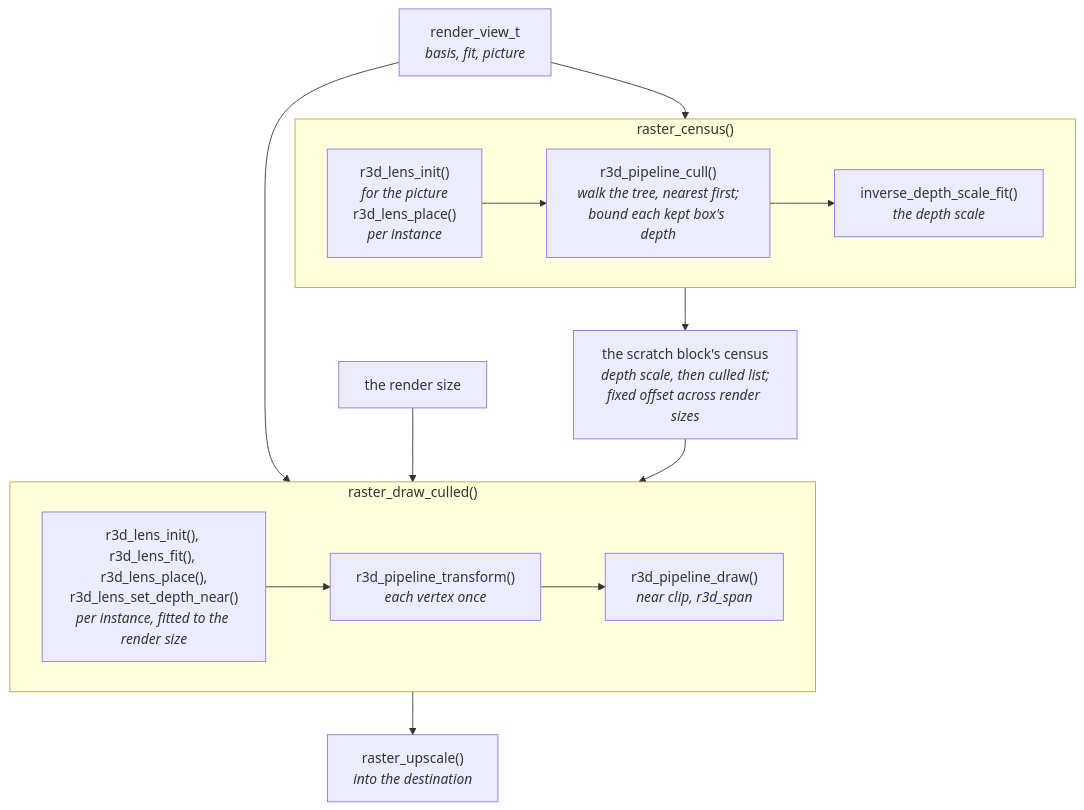
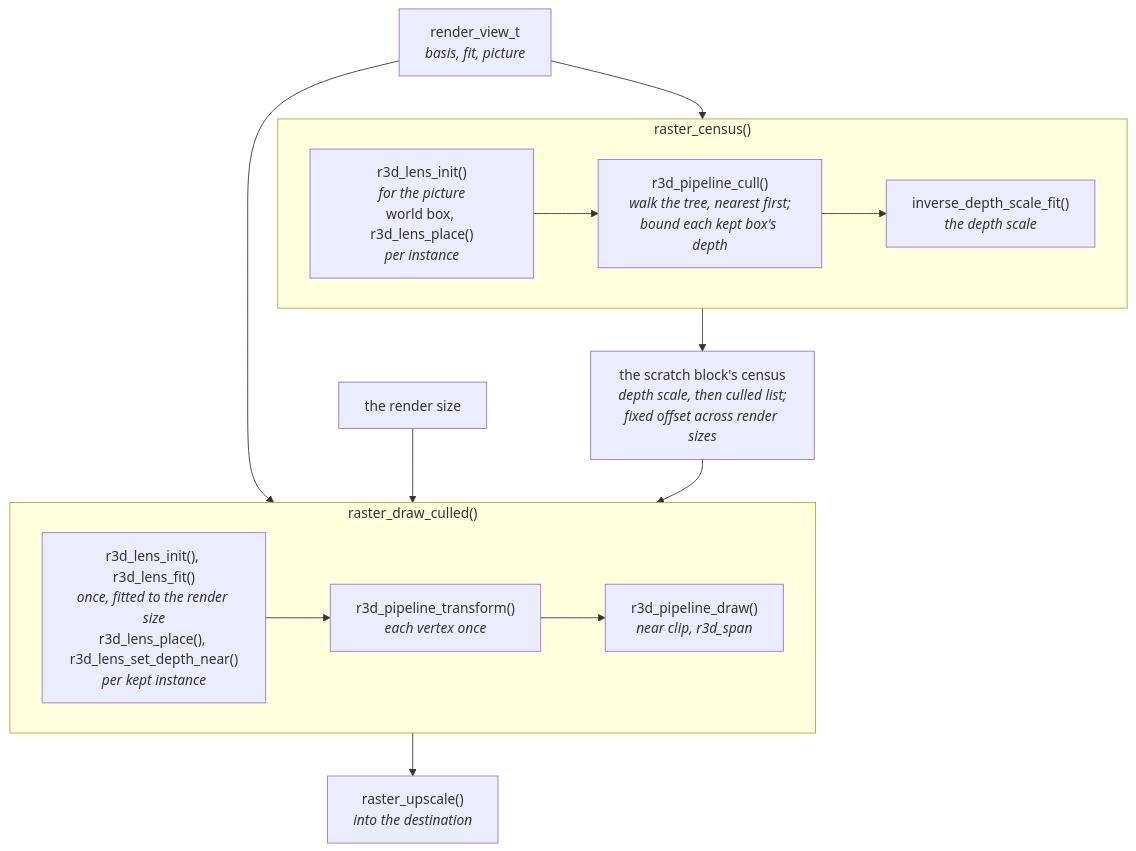
Before and after one commit to jose-villegas/autana: the first of 2 diagrams in docs/render/Mesh-Rendering.md, drawn with Mermaid. The commit also changed other lines of this file and 23 other files, not shown here.

Commit message:
r3d: one picture lens per frame, a RAM world box before an instance's walk, no batch slot for an instance that kept nothing (autana-76xc4)

````diff
--- a/docs/render/Mesh-Rendering.md
+++ b/docs/render/Mesh-Rendering.md
@@ -106,20 +106,20 @@
 ```mermaid
 flowchart TB
     View["render_view_t<br/><i>basis, fit, picture</i>"] --> Census
     subgraph Census["raster_census()"]
         direction LR
-        Picture["r3d_lens_init()<br/><i>for the picture</i><br/>r3d_lens_place()<br/><i>per instance</i>"] --> Cull
+        Picture["r3d_lens_init()<br/><i>for the picture</i><br/>world box, r3d_lens_place()<br/><i>per instance</i>"] --> Cull
         Cull["r3d_pipeline_cull()<br/><i>walk the tree, nearest first;<br/>bound each kept box's depth</i>"] --> Scale
         Scale["inverse_depth_scale_fit()<br/><i>the depth scale</i>"]
     end
     Census --> List["the scratch block's census<br/><i>depth scale, then culled list;<br/>fixed offset across render sizes</i>"]
     View --> Draw
     Size["the render size"] --> Draw
     List --> Draw
     subgraph Draw["raster_draw_culled()"]
         direction LR
-        Fit["r3d_lens_init(), r3d_lens_fit(), r3d_lens_place(),<br/>r3d_lens_set_depth_near()<br/><i>per instance, fitted to the render size</i>"] --> Transform["r3d_pipeline_transform()<br/><i>each vertex once</i>"]
+        Fit["r3d_lens_init(), r3d_lens_fit()<br/><i>once, fitted to the render size</i><br/>r3d_lens_place(), r3d_lens_set_depth_near()<br/><i>per kept instance</i>"] --> Transform["r3d_pipeline_transform()<br/><i>each vertex once</i>"]
         Transform --> DrawStage["r3d_pipeline_draw()<br/><i>near clip, r3d_span</i>"]
     end
     Draw --> Upscale["raster_upscale()<br/><i>into the destination</i>"]
 ```
````
